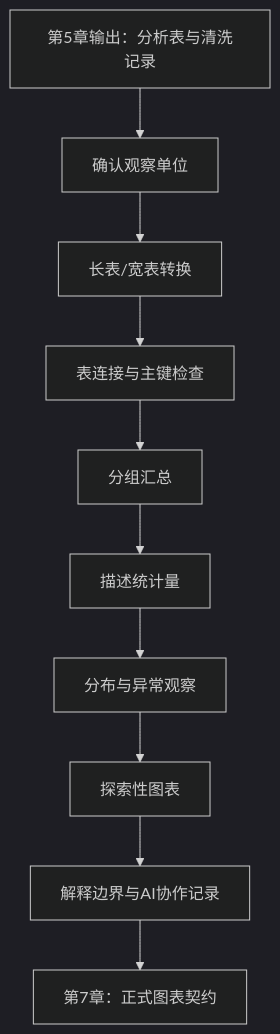
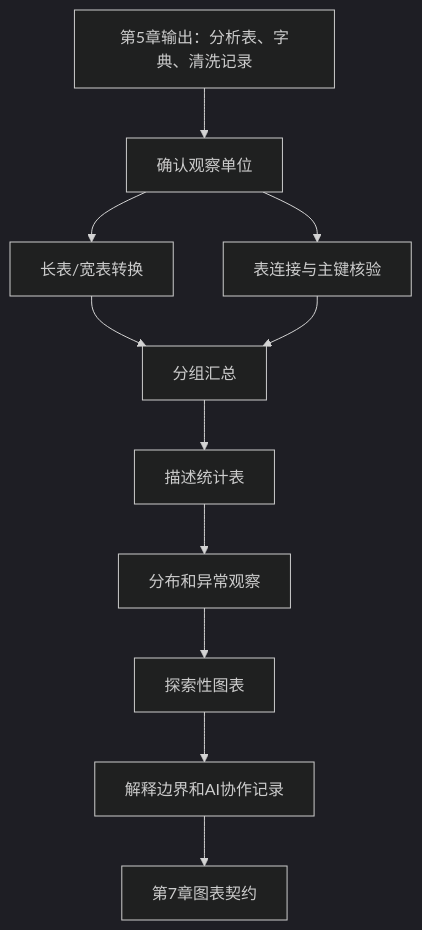
The first of 2 diagrams in docs/chapters/chapter-6/index.md (luvega/AI_MED_DataVis), drawn with Mermaid (dark theme) before and after one commit. The commit also changed other lines of this file and 8 other files, not shown here.

````diff
--- a/docs/chapters/chapter-6/index.md
+++ b/docs/chapters/chapter-6/index.md
@@ -94,12 +36,13 @@
 ```mermaid
 flowchart TD
-  A["第5章输出：分析表与清洗记录"] --> B["确认观察单位"]
+  A["第5章输出：分析表、字典、清洗记录"] --> B["确认观察单位"]
   B --> C["长表/宽表转换"]
-  C --> D["表连接与主键检查"]
-  D --> E["分组汇总"]
-  E --> F["描述统计量"]
-  F --> G["分布与异常观察"]
+  B --> D["表连接与主键核验"]
+  C --> E["分组汇总"]
+  D --> E
+  E --> F["描述统计表"]
+  F --> G["分布和异常观察"]
   G --> H["探索性图表"]
-  H --> I["解释边界与AI协作记录"]
-  I --> J["第7章：正式图表契约"]
+  H --> I["解释边界和AI协作记录"]
+  I --> J["第7章图表契约"]
 ```
````
